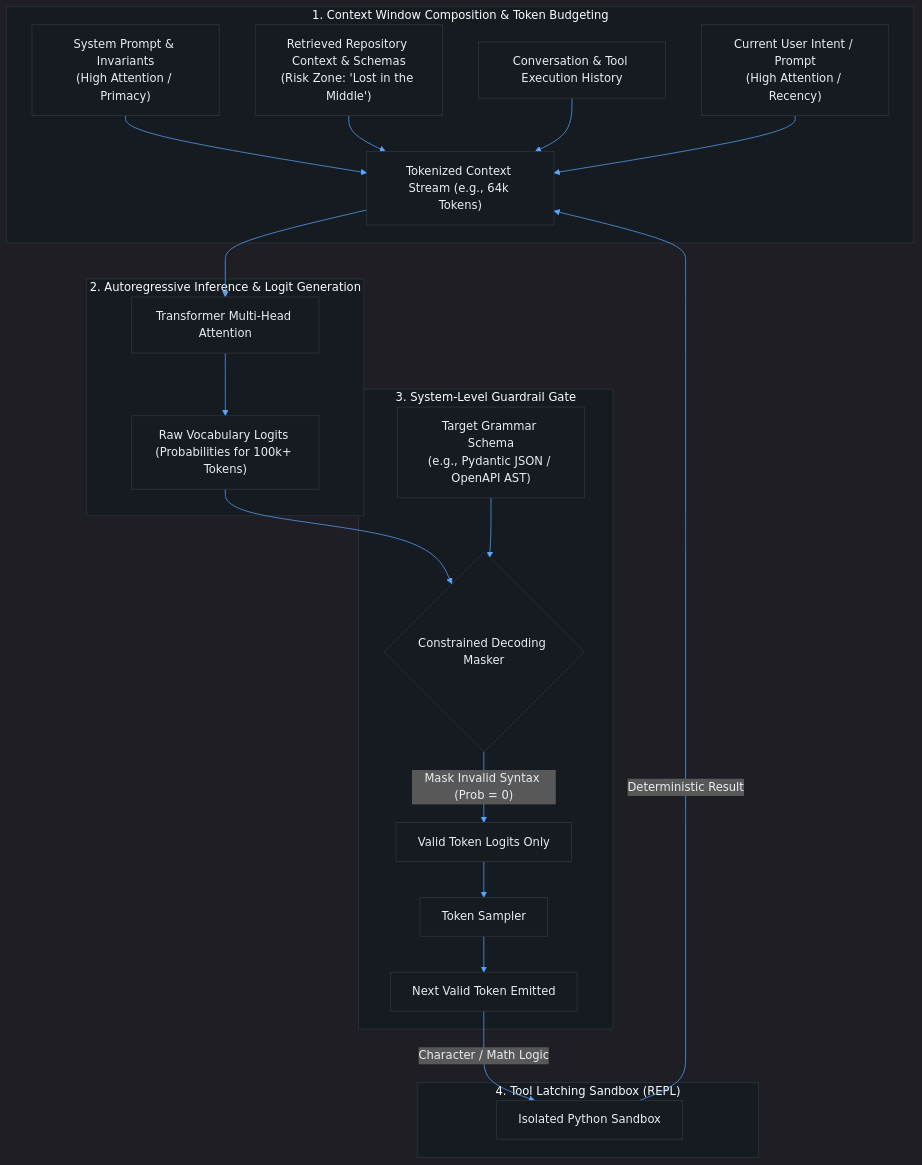
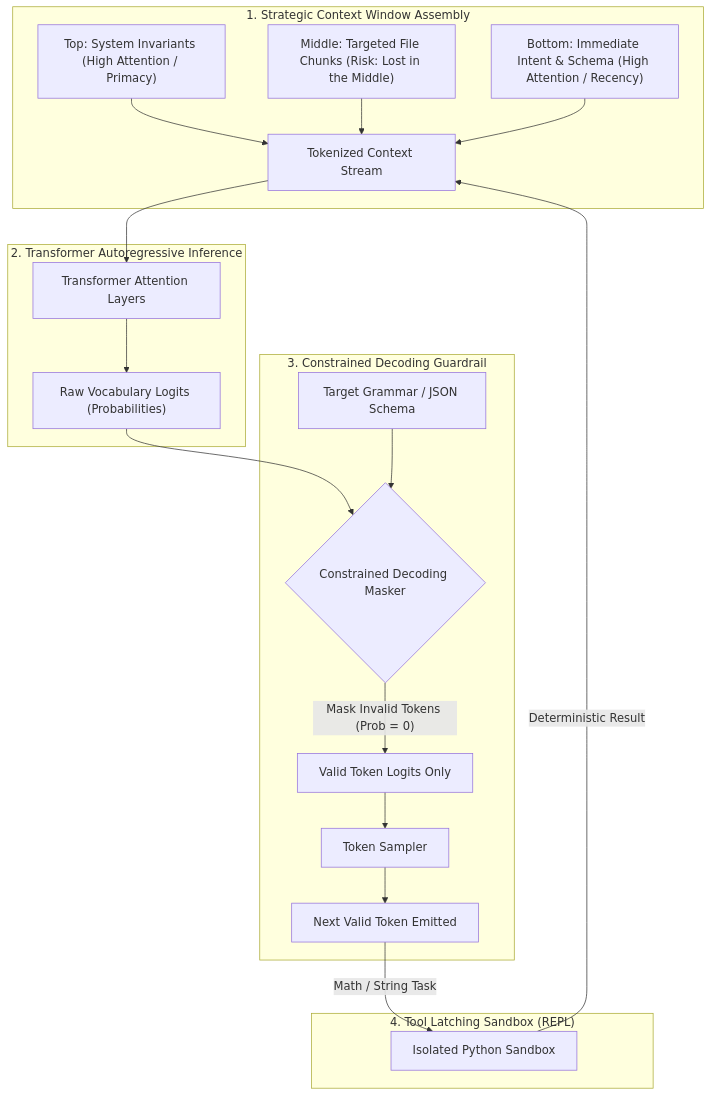
One commit to shreyash2601/bits-notes changed the diagram in AI-Augmented-Software-Development/Lecture 5/Lecture_05_Notes.md. Above: the diagram before and after it, drawn with Mermaid. The commit also changed other lines of this file and 31 other files, not shown here.

````diff
--- a/AI-Augmented-Software-Development/Lecture 5/Lecture_05_Notes.md
+++ b/AI-Augmented-Software-Development/Lecture 5/Lecture_05_Notes.md
@@ -134,35 +84,32 @@
 ```mermaid
-%%{init: {'theme': 'dark', 'themeVariables': { 'darkMode': true, 'background': '#0d1117', 'mainBkg': '#161b22', 'textColor': '#e6edf3', 'lineColor': '#58a6ff', 'errorBkgColor': '#8b0000', 'nodeBorder': '#30363d', 'clusterBkg': '#161b22', 'clusterBorder': '#30363d'}}}%%
 flowchart TD
-    subgraph Context_Window_Assembly["1. Context Window Composition & Token Budgeting"]
-        SP["System Prompt & Invariants<br/>(High Attention / Primacy)"]
-        RAG["Retrieved Repository Context & Schemas<br/>(Risk Zone: 'Lost in the Middle')"]
-        Hist["Conversation & Tool Execution History"]
-        UserP["Current User Intent / Prompt<br/>(High Attention / Recency)"]
+    subgraph Assembly["1. Strategic Context Window Assembly"]
+        SP["Top: System Invariants (High Attention / Primacy)"]
+        RAG["Middle: Targeted File Chunks (Risk: Lost in the Middle)"]
+        UserP["Bottom: Immediate Intent & Schema (High Attention / Recency)"]
         
-        SP --> ContextStream["Tokenized Context Stream (e.g., 64k Tokens)"]
+        SP --> ContextStream["Tokenized Context Stream"]
         RAG --> ContextStream
-        Hist --> ContextStream
         UserP --> ContextStream
     end
 
-    subgraph LLM_Inference_Loop["2. Autoregressive Inference & Logit Generation"]
-        ContextStream --> Transformer["Transformer Multi-Head Attention"]
-        Transformer --> RawLogits["Raw Vocabulary Logits (Probabilities for 100k+ Tokens)"]
+    subgraph Inference["2. Transformer Autoregressive Inference"]
+        ContextStream --> Transformer["Transformer Attention Layers"]
+        Transformer --> RawLogits["Raw Vocabulary Logits (Probabilities)"]
     end
 
-    subgraph Deterministic_Guardrail_Intervention["3. System-Level Guardrail Gate"]
-        Grammar["Target Grammar Schema<br/>(e.g., Pydantic JSON / OpenAPI AST)"]
+    subgraph Guardrail["3. Constrained Decoding Guardrail"]
+        Grammar["Target Grammar / JSON Schema"]
         RawLogits --> LogitMask{"Constrained Decoding Masker"}
         Grammar --> LogitMask
         
-        LogitMask -->|"Mask Invalid Syntax (Prob = 0)"| CleanLogits["Valid Token Logits Only"]
+        LogitMask -->|"Mask Invalid Tokens (Prob = 0)"| CleanLogits["Valid Token Logits Only"]
         CleanLogits --> Sampler["Token Sampler"]
         Sampler --> NextToken["Next Valid Token Emitted"]
     end
 
-    subgraph Tool_Execution_Fallback["4. Tool Latching Sandbox (REPL)"]
-        NextToken -->|"Character / Math Logic"| Sandbox["Isolated Python Sandbox"]
+    subgraph ToolLatching["4. Tool Latching Sandbox (REPL)"]
+        NextToken -->|"Math / String Task"| Sandbox["Isolated Python Sandbox"]
         Sandbox -->|"Deterministic Result"| ContextStream
     end
 ```
````
